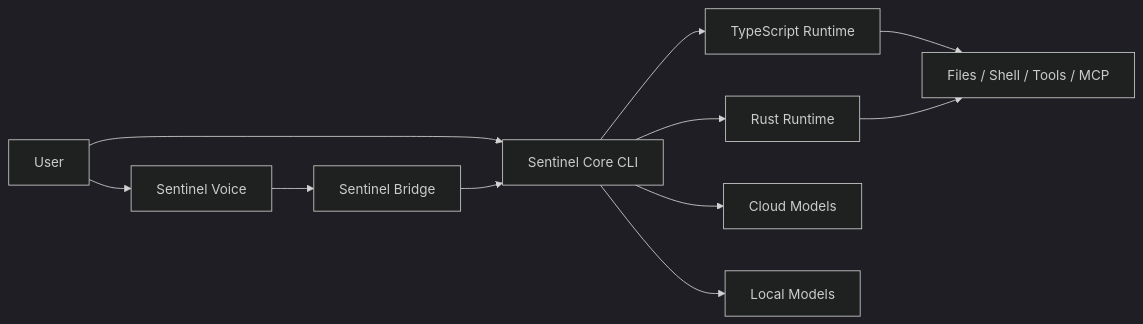
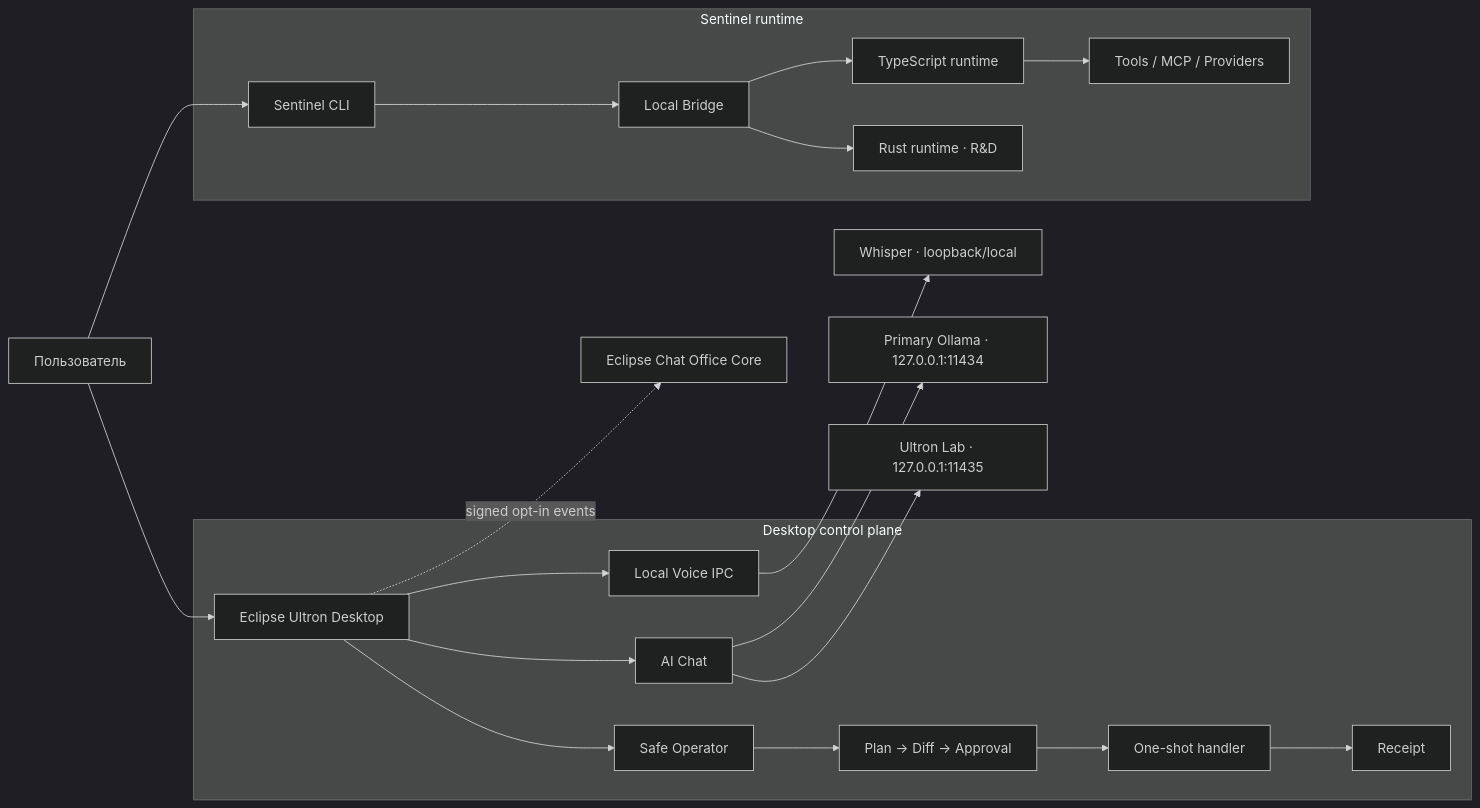
The diagram in README.md (PavelHopson/pavelcode-cli), drawn with Mermaid (dark theme) before and after one commit. The commit also changed other lines of this file and 2 other files, not shown here.

First line of the commit message:
docs(readme): present Eclipse Ultron flagship

````diff
--- a/README.md
+++ b/README.md
@@ -85,13 +94,26 @@
 ```mermaid
 flowchart LR
-    A["User"] --> B["Sentinel Voice"]
-    A --> C["Sentinel Core CLI"]
-    B --> D["Sentinel Bridge"]
-    D --> C
-    C --> E["TypeScript Runtime"]
-    C --> F["Rust Runtime"]
-    E --> G["Files / Shell / Tools / MCP"]
-    F --> G
-    C --> H["Cloud Models"]
-    C --> I["Local Models"]
+    U["Пользователь"] --> D["Eclipse Ultron Desktop"]
+    U --> C["Sentinel CLI"]
+
+    subgraph Desktop["Desktop control plane"]
+      D --> V["Local Voice IPC"]
+      D --> R["Safe Operator"]
+      D --> H["AI Chat"]
+      R --> P["Plan → Diff → Approval"]
+      P --> X["One-shot handler"]
+      X --> Q["Receipt"]
+    end
+
+    subgraph Runtime["Sentinel runtime"]
+      C --> B["Local Bridge"]
+      B --> T["TypeScript runtime"]
+      B --> RS["Rust runtime · R&D"]
+      T --> MCP["Tools / MCP / Providers"]
+    end
+
+    V --> W["Whisper · loopback/local"]
+    H --> O["Primary Ollama · 127.0.0.1:11434"]
+    H --> L["Ultron Lab · 127.0.0.1:11435"]
+    D -. signed opt-in events .-> E["Eclipse Chat Office Core"]
 ```
````
